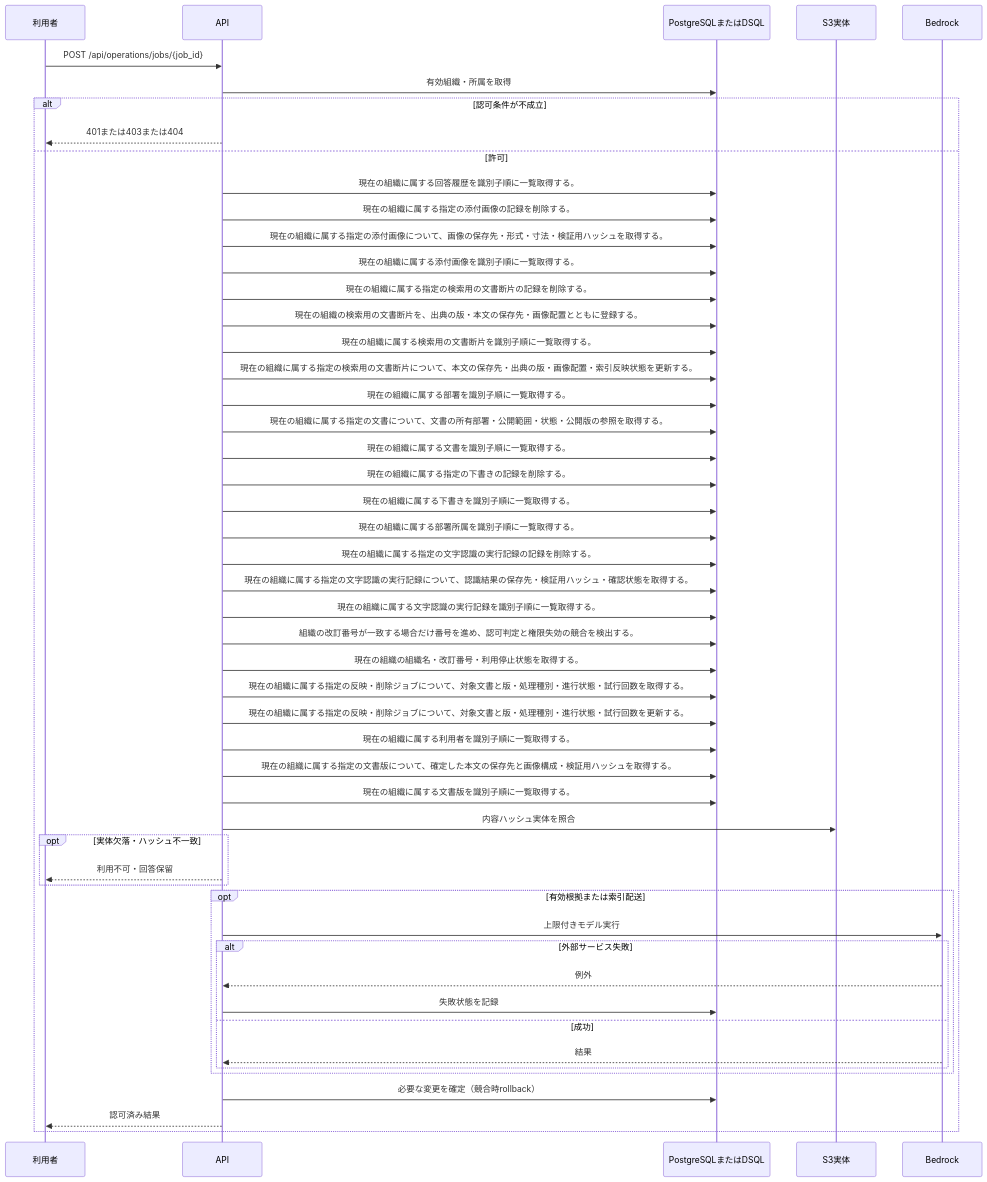
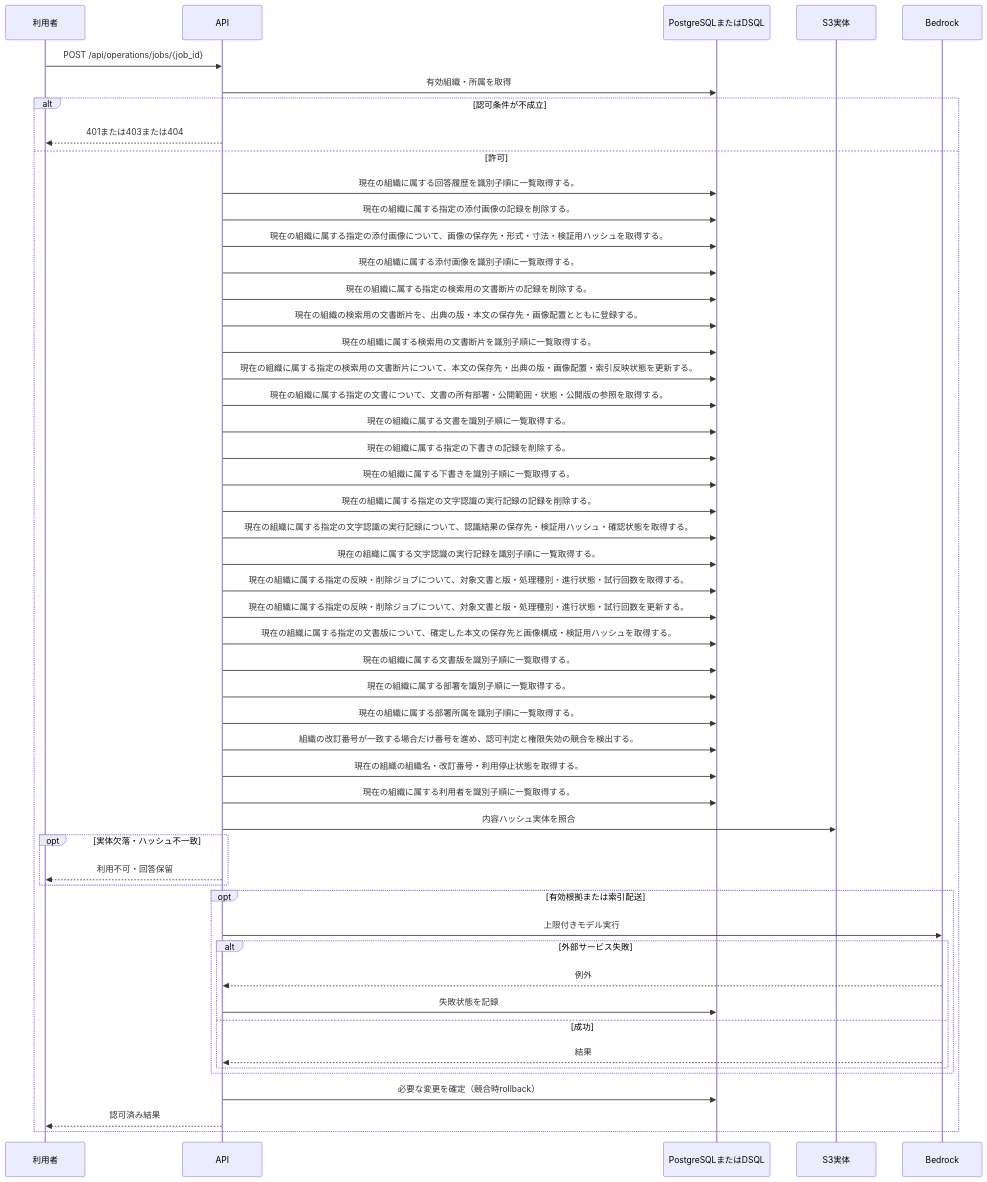
One commit to tsuji-tomonori/KotoRelay changed the diagram in docs/design/generated/api/operations/retry_job/sequence.md. Above: the diagram before and after it, drawn with Mermaid. The commit also changed other lines of this file and 628 other files, not shown here.

````diff
--- a/docs/design/generated/api/operations/retry_job/sequence.md
+++ b/docs/design/generated/api/operations/retry_job/sequence.md
@@ -7,53 +7,53 @@
 ```mermaid
 sequenceDiagram
     participant U as 利用者
     participant A as API
     participant D as PostgreSQLまたはDSQL
     participant S as S3実体
     participant M as Bedrock
     U->>A: POST /api/operations/jobs/{job_id}
     A->>D: 有効組織・所属を取得
     alt 認可条件が不成立
         A-->>U: 401または403または404
     else 許可
         A->>D: 現在の組織に属する回答履歴を識別子順に一覧取得する。
         A->>D: 現在の組織に属する指定の添付画像の記録を削除する。
         A->>D: 現在の組織に属する指定の添付画像について、画像の保存先・形式・寸法・検証用ハッシュを取得する。
         A->>D: 現在の組織に属する添付画像を識別子順に一覧取得する。
         A->>D: 現在の組織に属する指定の検索用の文書断片の記録を削除する。
         A->>D: 現在の組織の検索用の文書断片を、出典の版・本文の保存先・画像配置とともに登録する。
         A->>D: 現在の組織に属する検索用の文書断片を識別子順に一覧取得する。
         A->>D: 現在の組織に属する指定の検索用の文書断片について、本文の保存先・出典の版・画像配置・索引反映状態を更新する。
-        A->>D: 現在の組織に属する部署を識別子順に一覧取得する。
         A->>D: 現在の組織に属する指定の文書について、文書の所有部署・公開範囲・状態・公開版の参照を取得する。
         A->>D: 現在の組織に属する文書を識別子順に一覧取得する。
         A->>D: 現在の組織に属する指定の下書きの記録を削除する。
         A->>D: 現在の組織に属する下書きを識別子順に一覧取得する。
-        A->>D: 現在の組織に属する部署所属を識別子順に一覧取得する。
         A->>D: 現在の組織に属する指定の文字認識の実行記録の記録を削除する。
         A->>D: 現在の組織に属する指定の文字認識の実行記録について、認識結果の保存先・検証用ハッシュ・確認状態を取得する。
         A->>D: 現在の組織に属する文字認識の実行記録を識別子順に一覧取得する。
+        A->>D: 現在の組織に属する指定の反映・削除ジョブについて、対象文書と版・処理種別・進行状態・試行回数を取得する。
+        A->>D: 現在の組織に属する指定の反映・削除ジョブについて、対象文書と版・処理種別・進行状態・試行回数を更新する。
+        A->>D: 現在の組織に属する指定の文書版について、確定した本文の保存先と画像構成・検証用ハッシュを取得する。
+        A->>D: 現在の組織に属する文書版を識別子順に一覧取得する。
+        A->>D: 現在の組織に属する部署を識別子順に一覧取得する。
+        A->>D: 現在の組織に属する部署所属を識別子順に一覧取得する。
         A->>D: 組織の改訂番号が一致する場合だけ番号を進め、認可判定と権限失効の競合を検出する。
         A->>D: 現在の組織の組織名・改訂番号・利用停止状態を取得する。
-        A->>D: 現在の組織に属する指定の反映・削除ジョブについて、対象文書と版・処理種別・進行状態・試行回数を取得する。
-        A->>D: 現在の組織に属する指定の反映・削除ジョブについて、対象文書と版・処理種別・進行状態・試行回数を更新する。
         A->>D: 現在の組織に属する利用者を識別子順に一覧取得する。
-        A->>D: 現在の組織に属する指定の文書版について、確定した本文の保存先と画像構成・検証用ハッシュを取得する。
-        A->>D: 現在の組織に属する文書版を識別子順に一覧取得する。
         A->>S: 内容ハッシュ実体を照合
         opt 実体欠落・ハッシュ不一致
             A-->>U: 利用不可・回答保留
         end
         opt 有効根拠または索引配送
             A->>M: 上限付きモデル実行
             alt 外部サービス失敗
                 M-->>A: 例外
                 A->>D: 失敗状態を記録
             else 成功
                 M-->>A: 結果
             end
         end
         A->>D: 必要な変更を確定（競合時rollback）
         A-->>U: 認可済み結果
     end
 ```
````
